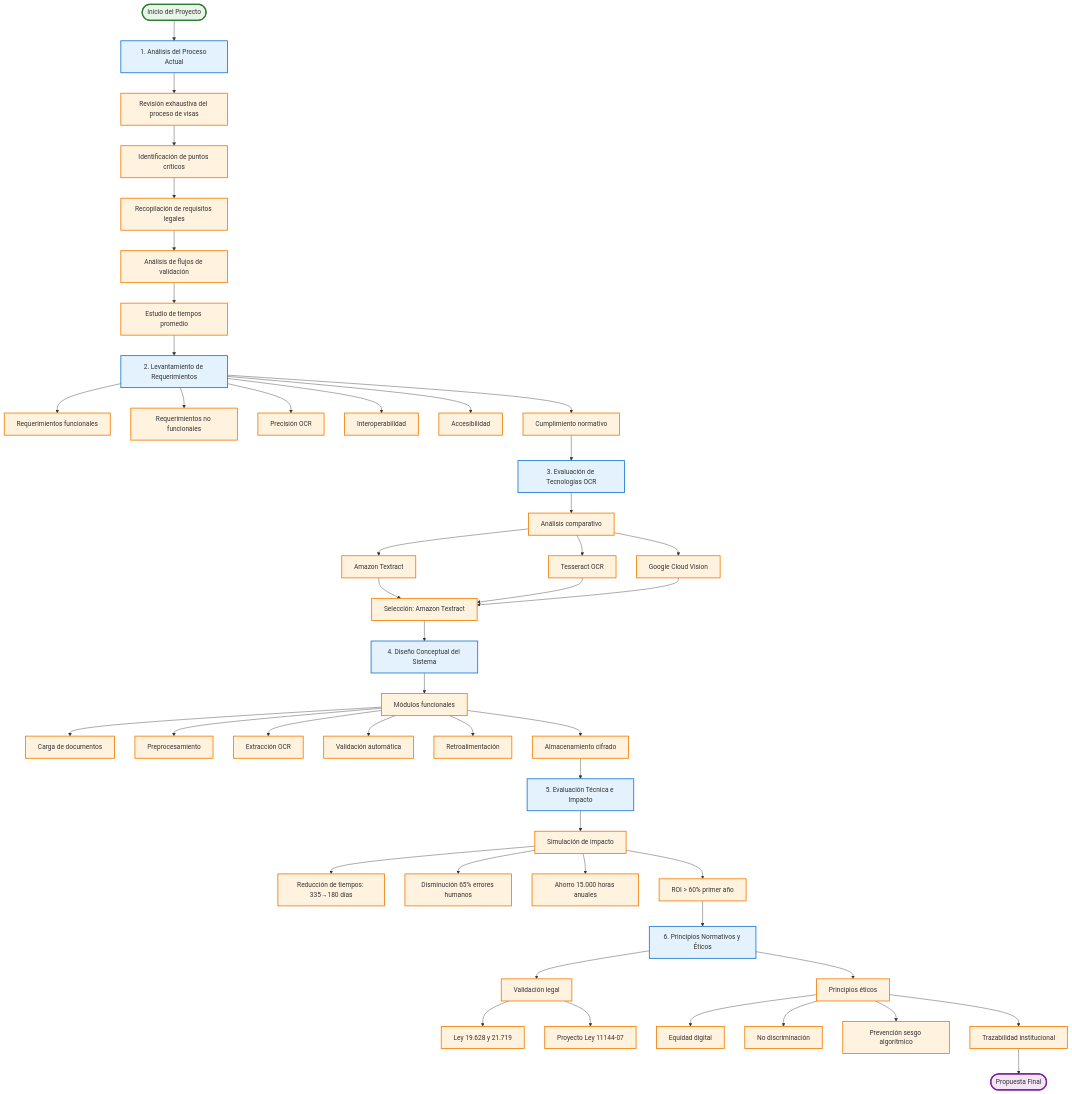
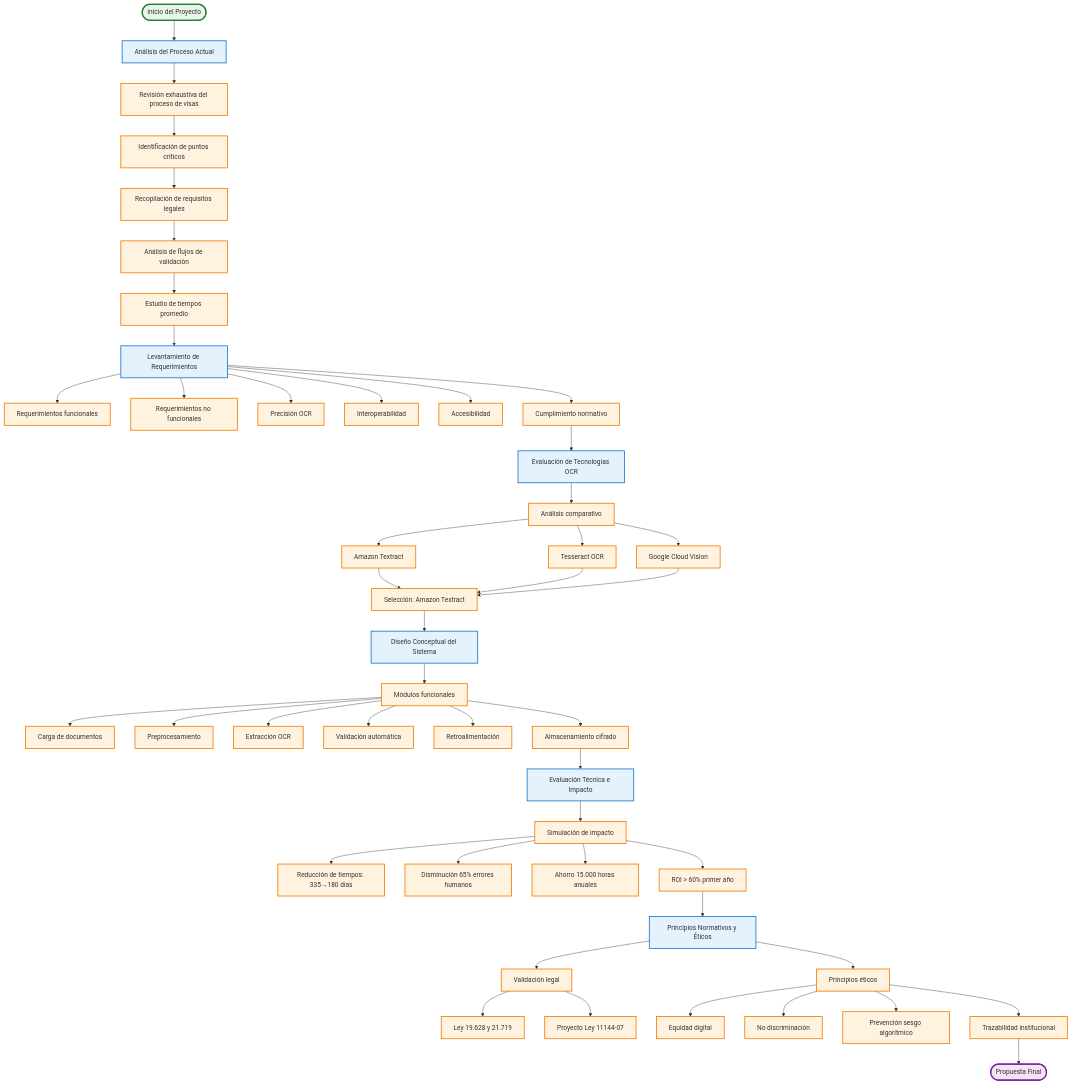
The diagram in word/05-metodologia-word.md (zuki2610/diagramas-arquitectura-tesis-ubo), drawn with Mermaid before and after one commit. The commit also changed 5 other files, not shown here.

Commit message:
Corregir diagramas 5 y 7 - eliminar números problemáticos de todos los nodos

````diff
--- a/word/05-metodologia-word.md
+++ b/word/05-metodologia-word.md
@@ -5,66 +5,66 @@
 ```mermaid
 flowchart TD
-  START([Inicio del Proyecto]) --> A1[1. Análisis del Proceso Actual]
+  START([Inicio del Proyecto]) --> A1[Análisis del Proceso Actual]
   
   A1 --> A1A[Revisión exhaustiva del proceso de visas]
   A1A --> A1B[Identificación de puntos críticos]
   A1B --> A1C[Recopilación de requisitos legales]
   A1C --> A1D[Análisis de flujos de validación]
   A1D --> A1E[Estudio de tiempos promedio]
   
-  A1E --> A2[2. Levantamiento de Requerimientos]
+  A1E --> A2[Levantamiento de Requerimientos]
   A2 --> A2A[Requerimientos funcionales]
   A2 --> A2B[Requerimientos no funcionales]
   A2 --> A2C[Precisión OCR]
   A2 --> A2D[Interoperabilidad]
   A2 --> A2E[Accesibilidad]
   A2 --> A2F[Cumplimiento normativo]
   
-  A2F --> A3[3. Evaluación de Tecnologías OCR]
+  A2F --> A3[Evaluación de Tecnologías OCR]
   A3 --> A3A[Análisis comparativo]
   A3A --> A3B[Amazon Textract]
   A3A --> A3C[Tesseract OCR]
   A3A --> A3D[Google Cloud Vision]
   A3B --> A3E[Selección: Amazon Textract]
   A3C --> A3E
   A3D --> A3E
   
-  A3E --> A4[4. Diseño Conceptual del Sistema]
+  A3E --> A4[Diseño Conceptual del Sistema]
   A4 --> A4A[Módulos funcionales]
   A4A --> A4B[Carga de documentos]
   A4A --> A4C[Preprocesamiento]
   A4A --> A4D[Extracción OCR]
   A4A --> A4E[Validación automática]
   A4A --> A4F[Retroalimentación]
   A4A --> A4G[Almacenamiento cifrado]
   
-  A4G --> A5[5. Evaluación Técnica e Impacto]
+  A4G --> A5[Evaluación Técnica e Impacto]
   A5 --> A5A[Simulación de impacto]
   A5A --> A5B[Reducción de tiempos: 335→180 días]
   A5A --> A5C[Disminución 65% errores humanos]
   A5A --> A5D[Ahorro 15.000 horas anuales]
   A5A --> A5E[ROI > 60% primer año]
   
-  A5E --> A6[6. Principios Normativos y Éticos]
+  A5E --> A6[Principios Normativos y Éticos]
   A6 --> A6A[Validación legal]
   A6A --> A6B[Ley 19.628 y 21.719]
   A6A --> A6C[Proyecto Ley 11144-07]
   A6 --> A6D[Principios éticos]
   A6D --> A6E[Equidad digital]
   A6D --> A6F[No discriminación]
   A6D --> A6G[Prevención sesgo algorítmico]
   A6D --> A6H[Trazabilidad institucional]
   
   A6H --> END([Propuesta Final])
   
   %% Estilos optimizados para Word
   classDef start fill:#e8f5e8,stroke:#2e7d32,stroke-width:3px
   classDef stage fill:#e3f2fd,stroke:#1976d2,stroke-width:2px
   classDef sub fill:#fff3e0,stroke:#f57c00,stroke-width:2px
   classDef final fill:#f3e5f5,stroke:#7b1fa2,stroke-width:3px
   
   class START start
   class END final
   class A1,A2,A3,A4,A5,A6 stage
   class A1A,A1B,A1C,A1D,A1E,A2A,A2B,A2C,A2D,A2E,A2F,A3A,A3B,A3C,A3D,A3E,A4A,A4B,A4C,A4D,A4E,A4F,A4G,A5A,A5B,A5C,A5D,A5E,A6A,A6B,A6C,A6D,A6E,A6F,A6G,A6H sub
 ``` 
````
